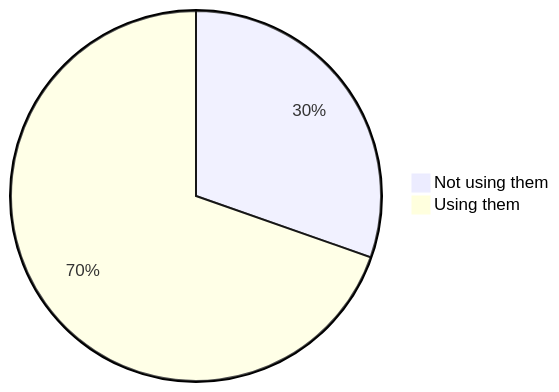
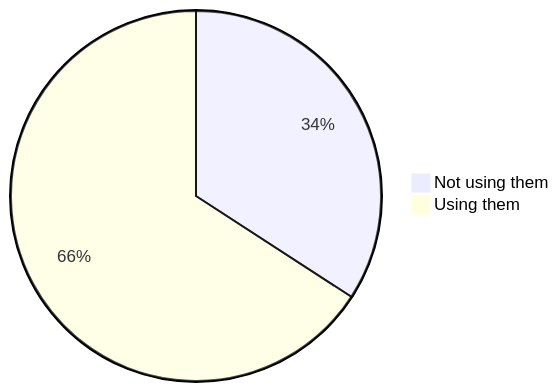
The first of 22 diagrams in stats.md (oshp/oshp-stats), drawn with Mermaid before and after one commit. The commit also changed other lines of this file, not shown here.

````diff
--- a/stats.md
+++ b/stats.md
@@ -10,6 +10,6 @@
 ```mermaid
 pie
-	"Not using them" : 30.37
-	"Using them" : 69.63
+	"Not using them" : 34.16
+	"Using them" : 65.84
 
 ```
````
